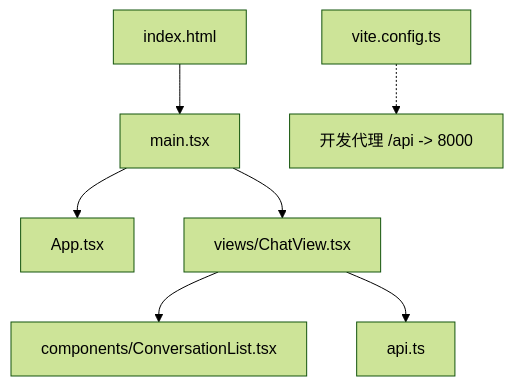
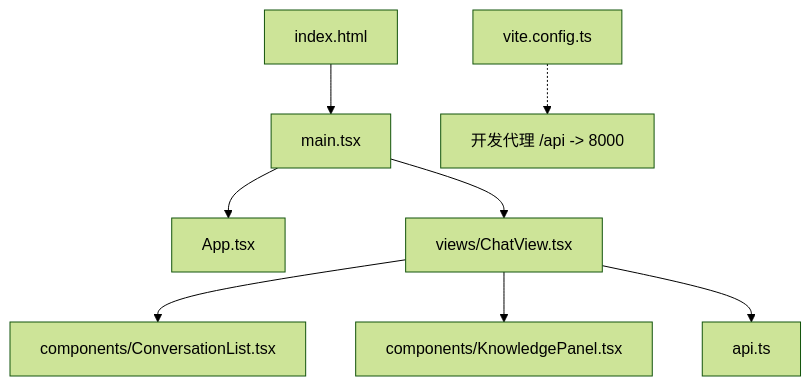
One commit to xyx1028/agentHelp changed the first of 8 diagrams in .qoder/repowiki/zh/content/架构设计/前端 React 应用.md. Above: the diagram before and after it, drawn with Mermaid (forest theme). The commit also changed other lines of this file and 115 other files, not shown here.

````diff
--- a/.qoder/repowiki/zh/content/架构设计/前端 React 应用.md
+++ b/.qoder/repowiki/zh/content/架构设计/前端 React 应用.md
@@ -42,9 +44,10 @@
 ```mermaid
 graph TB
 HTML["index.html"] --> Main["main.tsx"]
 Main --> App["App.tsx"]
 Main --> ChatView["views/ChatView.tsx"]
 ChatView --> ConversationList["components/ConversationList.tsx"]
+ChatView --> KnowledgePanel["components/KnowledgePanel.tsx"]
 ChatView --> API["api.ts"]
 Vite["vite.config.ts"] -.-> DevProxy["开发代理 /api -> 8000"]
 ```
````
